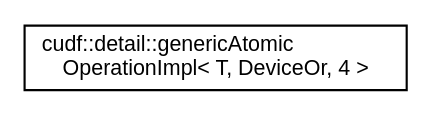
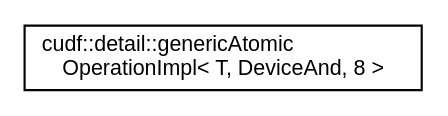
Before and after one commit to rapidsai/projects: the diagram in libcudf/0.8.0/inherit_graph_55.dot, drawn with Graphviz. The commit also changed 531 other files, not shown here.

```diff
--- a/libcudf/0.8.0/inherit_graph_55.dot
+++ b/libcudf/0.8.0/inherit_graph_55.dot
@@ -1,7 +1,7 @@
 digraph "Graphical Class Hierarchy"
 {
   edge [fontname="Helvetica",fontsize="10",labelfontname="Helvetica",labelfontsize="10"];
   node [fontname="Helvetica",fontsize="10",shape=record];
   rankdir="LR";
-  Node0 [label="cudf::detail::genericAtomic\lOperationImpl\< T, DeviceOr, 4 \>",height=0.2,width=0.4,color="black", fillcolor="white", style="filled",URL="$structcudf_1_1detail_1_1genericAtomicOperationImpl_3_01T_00_01DeviceOr_00_014_01_4.html"];
+  Node0 [label="cudf::detail::genericAtomic\lOperationImpl\< T, DeviceAnd, 8 \>",height=0.2,width=0.4,color="black", fillcolor="white", style="filled",URL="$structcudf_1_1detail_1_1genericAtomicOperationImpl_3_01T_00_01DeviceAnd_00_018_01_4.html"];
 }
```
